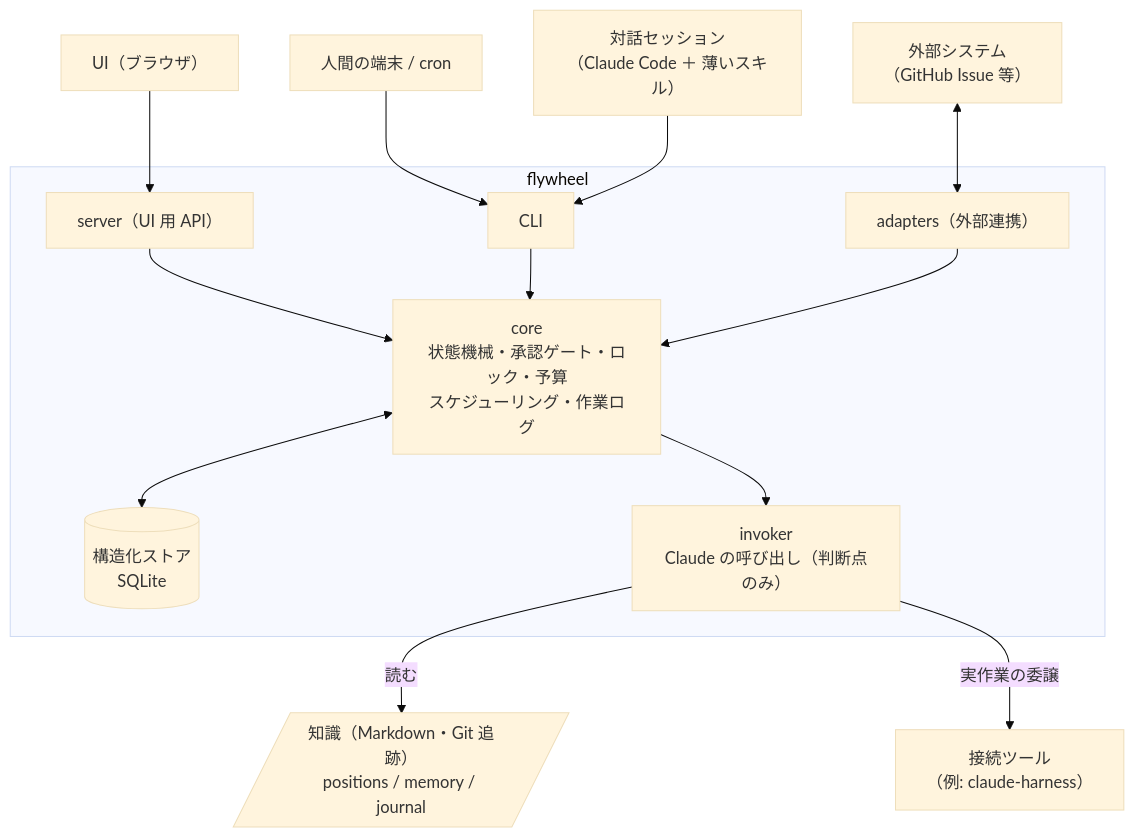
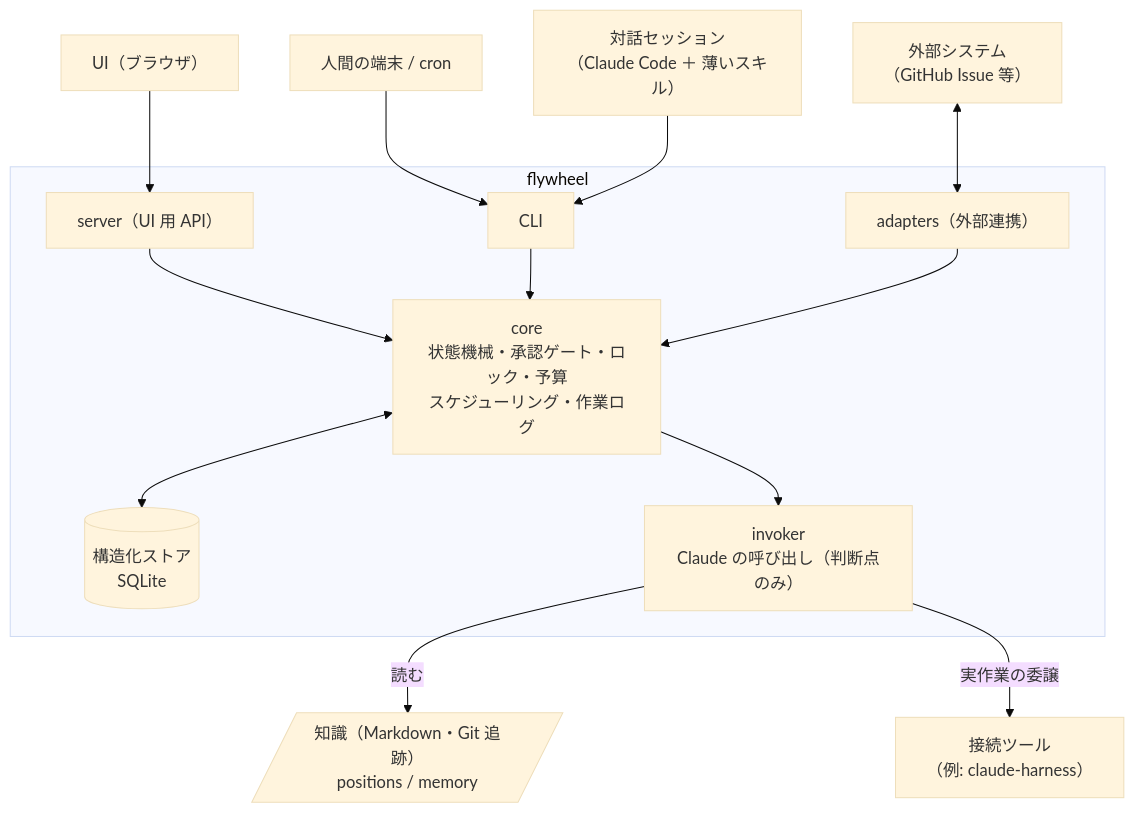
Before and after one commit to masanami/flywheel: the first of 2 diagrams in docs/architecture.md, drawn with Mermaid (base theme). The commit also changed other lines of this file and 1 other file, not shown here.

````diff
--- a/docs/architecture.md
+++ b/docs/architecture.md
@@ -105,28 +105,28 @@
 ```mermaid
 flowchart TB
     ui["UI（ブラウザ）"]
     human["人間の端末 / cron"]
     chat["対話セッション<br/>（Claude Code ＋ 薄いスキル）"]
     ext["外部システム<br/>（GitHub Issue 等）"]
 
     subgraph sys["flywheel"]
         server["server（UI 用 API）"]
         cli["CLI"]
         adapters["adapters（外部連携）"]
         core["core<br/>状態機械・承認ゲート・ロック・予算<br/>スケジューリング・作業ログ"]
         store[("構造化ストア<br/>SQLite")]
         invoker["invoker<br/>Claude の呼び出し（判断点のみ）"]
     end
 
-    knowledge[/"知識（Markdown・Git 追跡）<br/>positions / memory / journal"/]
+    knowledge[/"知識（Markdown・Git 追跡）<br/>positions / memory"/]
     tool["接続ツール<br/>（例: claude-harness）"]
 
     ui --> server --> core
     human --> cli --> core
     chat --> cli
     ext <--> adapters --> core
     core <--> store
     core --> invoker
     invoker -- "読む" --> knowledge
     invoker -- "実作業の委譲" --> tool
 ```
````
